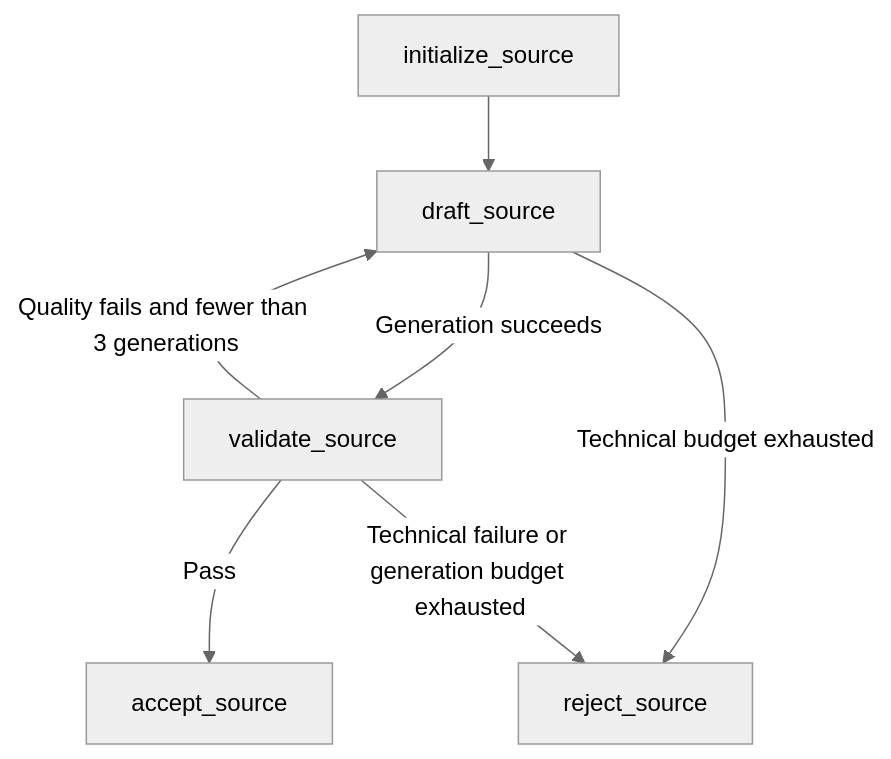
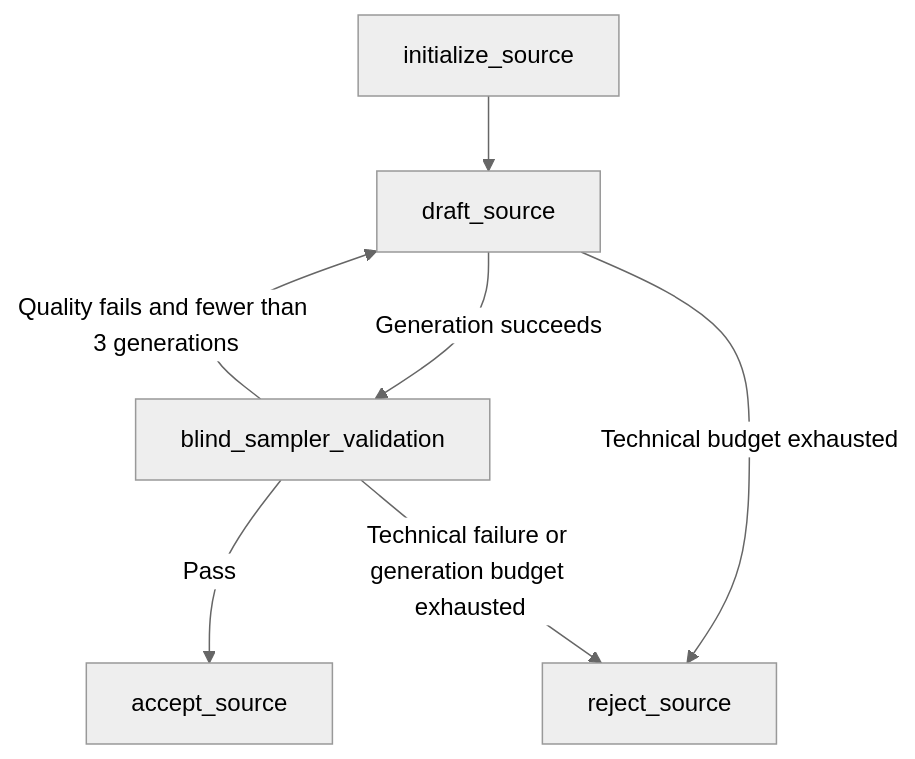
Before and after one commit to ChenYizhu97/PairData: the first of 4 diagrams in docs/workflows.en.md, drawn with Mermaid (neutral theme). The commit also changed other lines of this file and 26 other files, not shown here.

Commit message:
Refactor expansion with blind validation and fixed PIU targets

````diff
--- a/docs/workflows.en.md
+++ b/docs/workflows.en.md
@@ -25,9 +25,9 @@
 ```mermaid
 flowchart TD
     A[initialize_source] --> B[draft_source]
-    B -->|Generation succeeds| C[validate_source]
+    B -->|Generation succeeds| C[blind_sampler_validation]
     B -->|Technical budget exhausted| R[reject_source]
     C -->|Pass| P[accept_source]
     C -->|Quality fails and fewer than 3 generations| B
     C -->|Technical failure or generation budget exhausted| R
 ```
````
